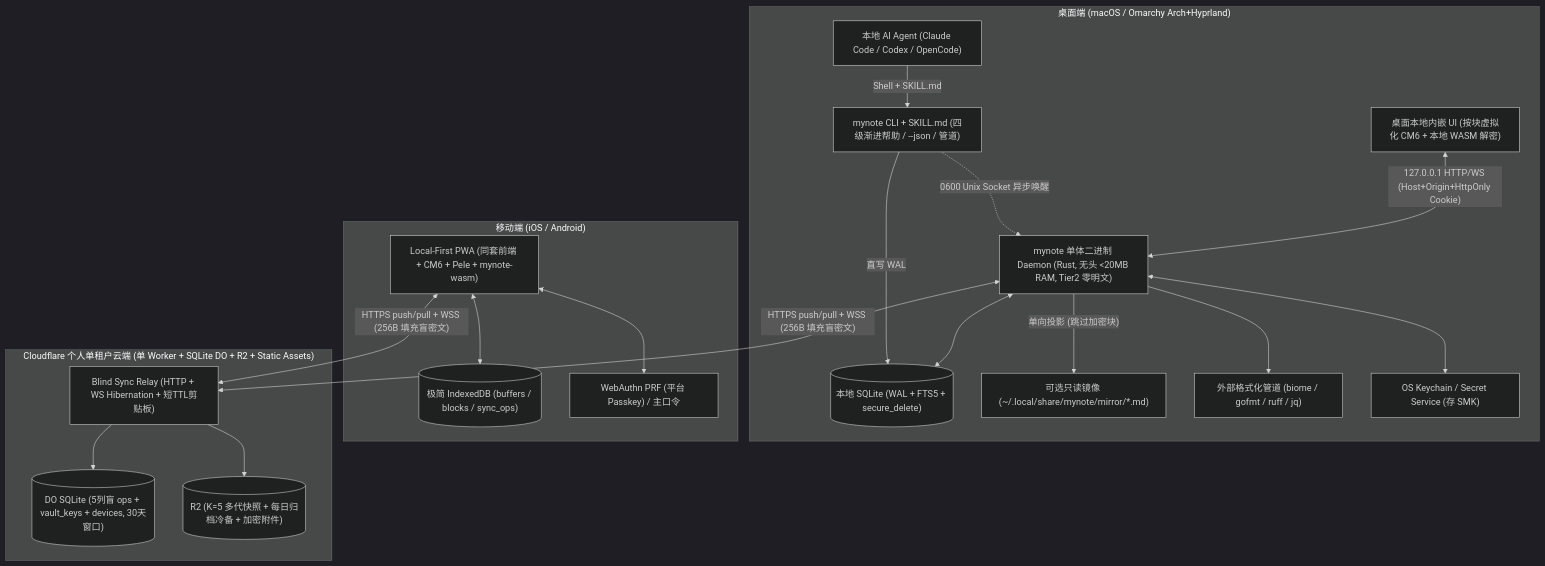
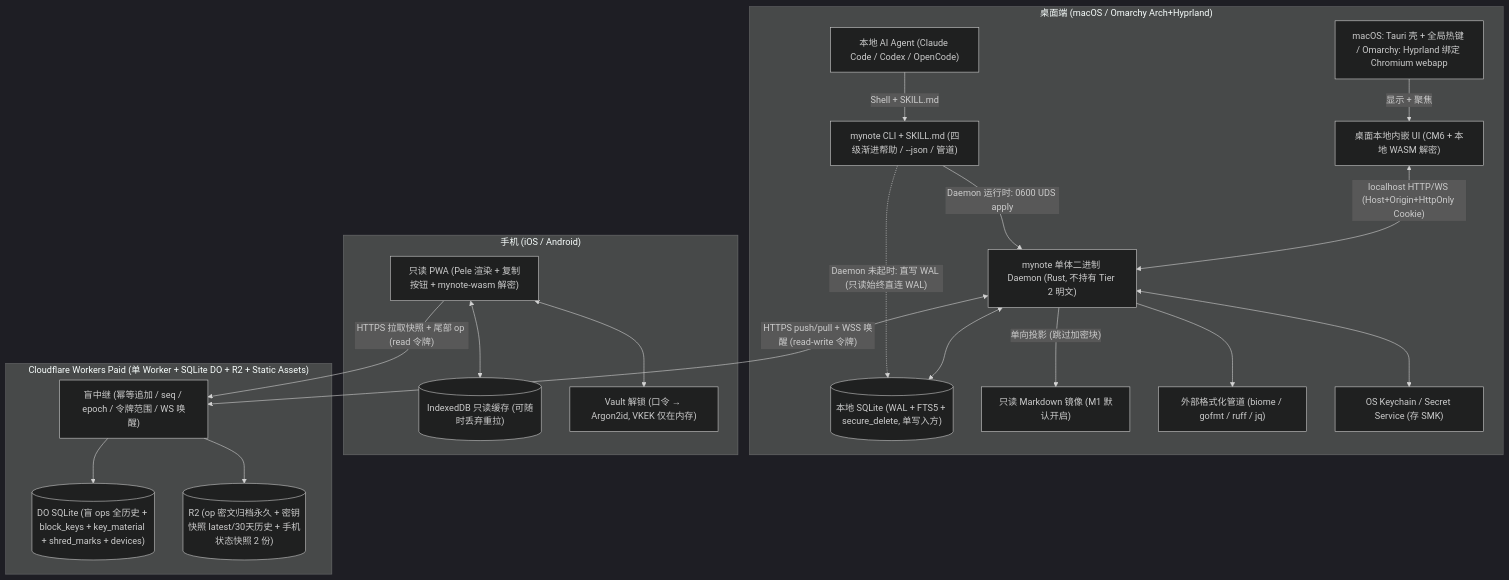
The first of 7 diagrams in docs/architecture-proposal.md (gray0128/my-note), drawn with Mermaid (dark theme) before and after one commit. The commit also changed other lines of this file and 16 other files, not shown here.

````diff
--- a/docs/architecture-proposal.md
+++ b/docs/architecture-proposal.md
@@ -224,41 +275,43 @@
 ```mermaid
 flowchart TD
     subgraph Desktop["桌面端 (macOS / Omarchy Arch+Hyprland)"]
         Agent["本地 AI Agent (Claude Code / Codex / OpenCode)"]
         CLI["mynote CLI + SKILL.md (四级渐进帮助 / --json / 管道)"]
-        UI_D["桌面本地内嵌 UI (按块虚拟化 CM6 + 本地 WASM 解密)"]
-        Daemon["mynote 单体二进制 Daemon (Rust, 无头 <20MB RAM, Tier2 零明文)"]
-        DB_L[("本地 SQLite (WAL + FTS5 + secure_delete)")]
-        Mirror["可选只读镜像 (~/.local/share/mynote/mirror/*.md)"]
+        Shell["macOS: Tauri 壳 + 全局热键 / Omarchy: Hyprland 绑定 Chromium webapp"]
+        UI_D["桌面本地内嵌 UI (CM6 + 本地 WASM 解密)"]
+        Daemon["mynote 单体二进制 Daemon (Rust, 不持有 Tier 2 明文)"]
+        DB_L[("本地 SQLite (WAL + FTS5 + secure_delete, 单写入方)")]
+        Mirror["只读 Markdown 镜像 (M1 默认开启)"]
         ExtFmt["外部格式化管道 (biome / gofmt / ruff / jq)"]
         Keyring["OS Keychain / Secret Service (存 SMK)"]
 
         Agent -->|"Shell + SKILL.md"| CLI
-        CLI -->|"直写 WAL"| DB_L
-        CLI -.->|"0600 Unix Socket 异步唤醒"| Daemon
-        UI_D <-->|"127.0.0.1 HTTP/WS (Host+Origin+HttpOnly Cookie)"| Daemon
+        CLI -->|"Daemon 运行时: 0600 UDS apply"| Daemon
+        CLI -.->|"Daemon 未起时: 直写 WAL (只读始终直连 WAL)"| DB_L
+        Shell -->|"显示 + 聚焦"| UI_D
+        UI_D <-->|"localhost HTTP/WS (Host+Origin+HttpOnly Cookie)"| Daemon
         Daemon <--> DB_L
         Daemon -->|"单向投影 (跳过加密块)"| Mirror
         Daemon --> ExtFmt
         Daemon <--> Keyring
     end
 
-    subgraph Mobile["移动端 (iOS / Android)"]
-        PWA["Local-First PWA (同套前端 + CM6 + Pele + mynote-wasm)"]
-        IDB[("极简 IndexedDB (buffers / blocks / sync_ops)")]
-        Bio["WebAuthn PRF (平台 Passkey) / 主口令"]
+    subgraph Mobile["手机 (iOS / Android)"]
+        PWA["只读 PWA (Pele 渲染 + 复制按钮 + mynote-wasm 解密)"]
+        IDB[("IndexedDB 只读缓存 (可随时丢弃重拉)")]
+        VaultM["Vault 解锁 (口令 → Argon2id, VKEK 仅在内存)"]
         PWA <--> IDB
-        PWA <--> Bio
+        PWA <--> VaultM
     end
 
-    subgraph Cloud["Cloudflare 个人单租户云端 (单 Worker + SQLite DO + R2 + Static Assets)"]
-        SyncAPI["Blind Sync Relay (HTTP + WS Hibernation + 短TTL剪贴板)"]
-        CloudDB[("DO SQLite (5列盲 ops + vault_keys + devices, 30天窗口)")]
-        R2[("R2 (K=5 多代快照 + 每日归档冷备 + 加密附件)")]
+    subgraph Cloud["Cloudflare Workers Paid (单 Worker + SQLite DO + R2 + Static Assets)"]
+        SyncAPI["盲中继 (幂等追加 / seq / epoch / 令牌范围 / WS 唤醒)"]
+        CloudDB[("DO SQLite (盲 ops 全历史 + block_keys + key_material + shred_marks + devices)")]
+        R2[("R2 (op 密文归档永久 + 密钥快照 latest/30天历史 + 手机状态快照 2 份)")]
         SyncAPI --> CloudDB
         SyncAPI --> R2
     end
 
-    Daemon <-->|"HTTPS push/pull + WSS (256B 填充盲密文)"| SyncAPI
-    PWA <-->|"HTTPS push/pull + WSS (256B 填充盲密文)"| SyncAPI
+    Daemon <-->|"HTTPS push/pull + WSS 唤醒 (read-write 令牌)"| SyncAPI
+    PWA -->|"HTTPS 拉取快照 + 尾部 op (read 令牌)"| SyncAPI
 ```
````
